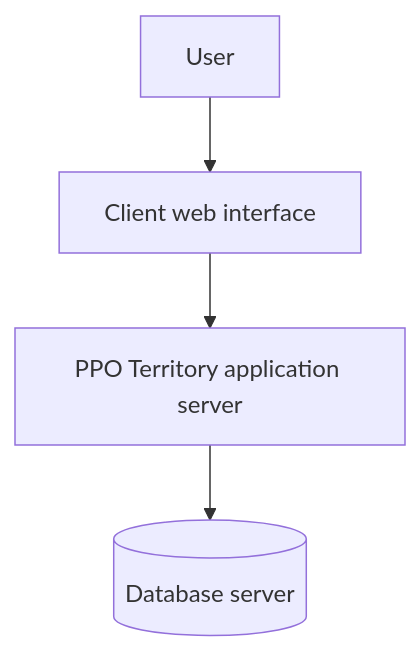
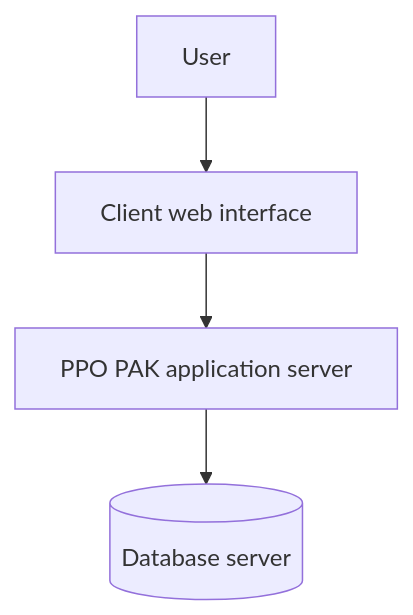
Before and after one commit to ekatmoz88-alt/territory-descriptor-unified: the first of 2 diagrams in materials/architecture/system-context-and-scope.en.md, drawn with Mermaid. The commit also changed other lines of this file, not shown here.

Commit message:
Rebrand architecture documentation to PPO PAK

```diff
--- a/materials/architecture/system-context-and-scope.en.md
+++ b/materials/architecture/system-context-and-scope.en.md
@@ -113,8 +113,8 @@
 ~~~mermaid
 flowchart TB
   USER[User]
   WEB[Client web interface]
-  APP[PPO Territory application server]
+  APP[PPO PAK application server]
   DB[(Database server)]
   USER --> WEB --> APP --> DB
 ~~~
```
